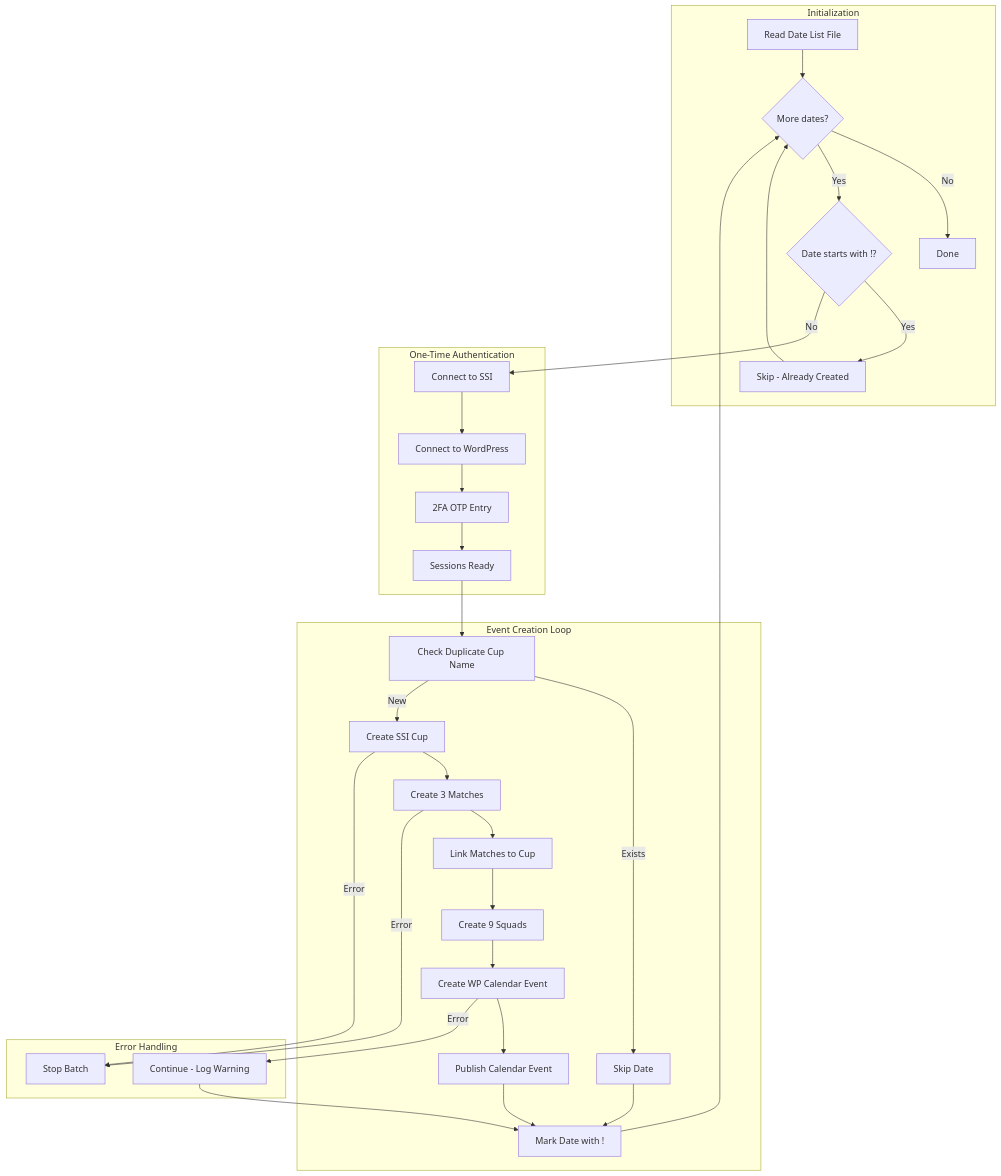
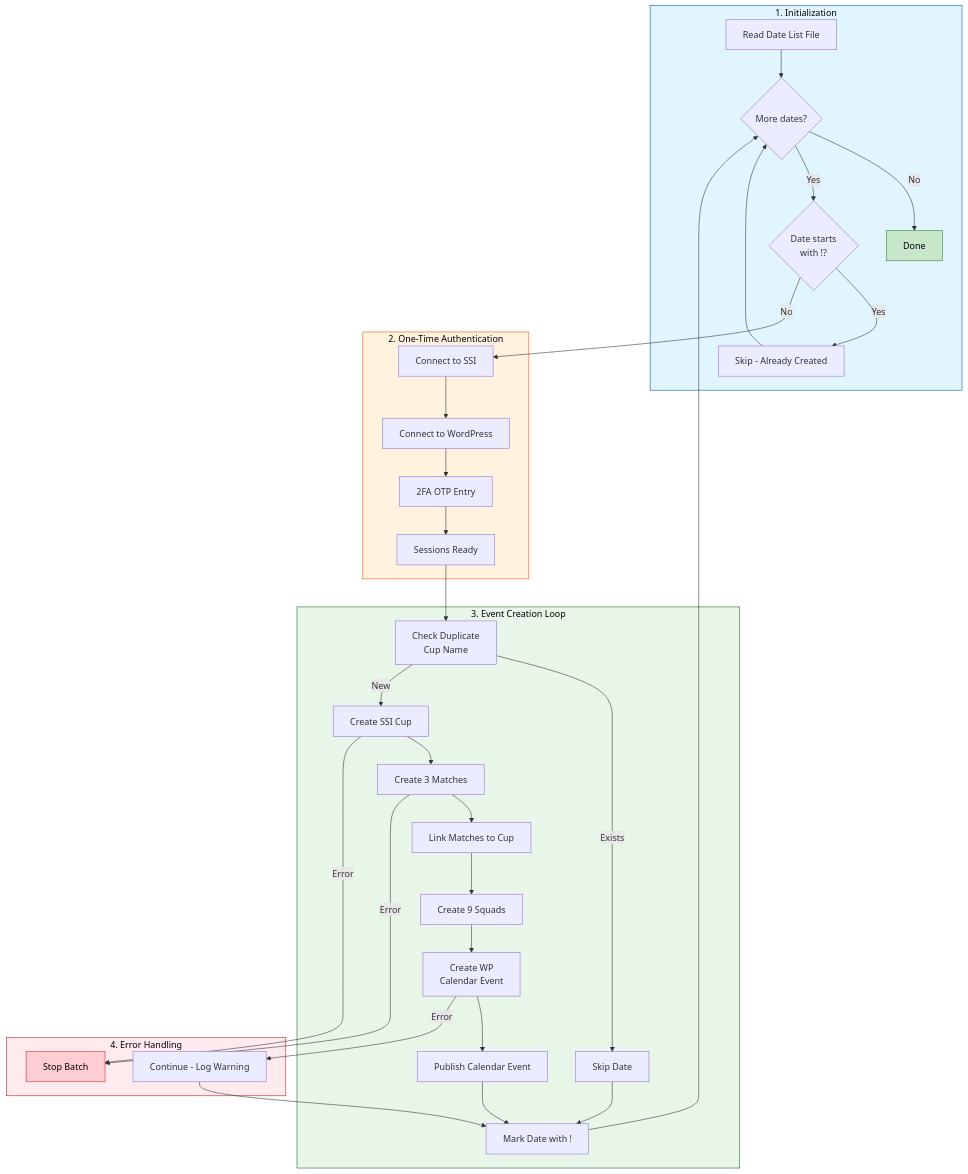
The first of 2 diagrams in docs/developer-guide.md (tohewi/tapahtumakalenteri-ssi-integrator), drawn with Mermaid before and after one commit.

Commit message:
Improve Mermaid diagram colors for better readability

````diff
--- a/docs/developer-guide.md
+++ b/docs/developer-guide.md
@@ -292,38 +292,45 @@
 ```mermaid
 flowchart TD
-    subgraph Init["Initialization"]
+    subgraph Init["1. Initialization"]
         A[Read Date List File] --> B{More dates?}
         B -->|No| Z[Done]
-        B -->|Yes| C{Date starts with !?}
+        B -->|Yes| C{Date starts<br/>with !?}
         C -->|Yes| D[Skip - Already Created]
         D --> B
     end
 
-    subgraph Auth["One-Time Authentication"]
+    subgraph Auth["2. One-Time Authentication"]
         C -->|No| E[Connect to SSI]
         E --> F[Connect to WordPress]
         F --> G[2FA OTP Entry]
         G --> H[Sessions Ready]
     end
 
-    subgraph Create["Event Creation Loop"]
-        H --> I[Check Duplicate Cup Name]
+    subgraph Create["3. Event Creation Loop"]
+        H --> I[Check Duplicate<br/>Cup Name]
         I -->|Exists| J[Skip Date]
         J --> K[Mark Date with !]
         K --> B
         I -->|New| L[Create SSI Cup]
         L --> M[Create 3 Matches]
         M --> N[Link Matches to Cup]
         N --> O[Create 9 Squads]
-        O --> P[Create WP Calendar Event]
+        O --> P[Create WP<br/>Calendar Event]
         P --> Q[Publish Calendar Event]
         Q --> K
     end
 
-    subgraph Error["Error Handling"]
+    subgraph Error["4. Error Handling"]
         L -->|Error| R[Stop Batch]
         M -->|Error| R
         P -->|Error| S[Continue - Log Warning]
         S --> K
     end
+
+    style Init fill:#e1f5fe,stroke:#01579b,color:#000
+    style Auth fill:#fff3e0,stroke:#e65100,color:#000
+    style Create fill:#e8f5e9,stroke:#1b5e20,color:#000
+    style Error fill:#ffebee,stroke:#b71c1c,color:#000
+    style Z fill:#c8e6c9,stroke:#2e7d32,color:#000
+    style R fill:#ffcdd2,stroke:#c62828,color:#000
 ```
````
